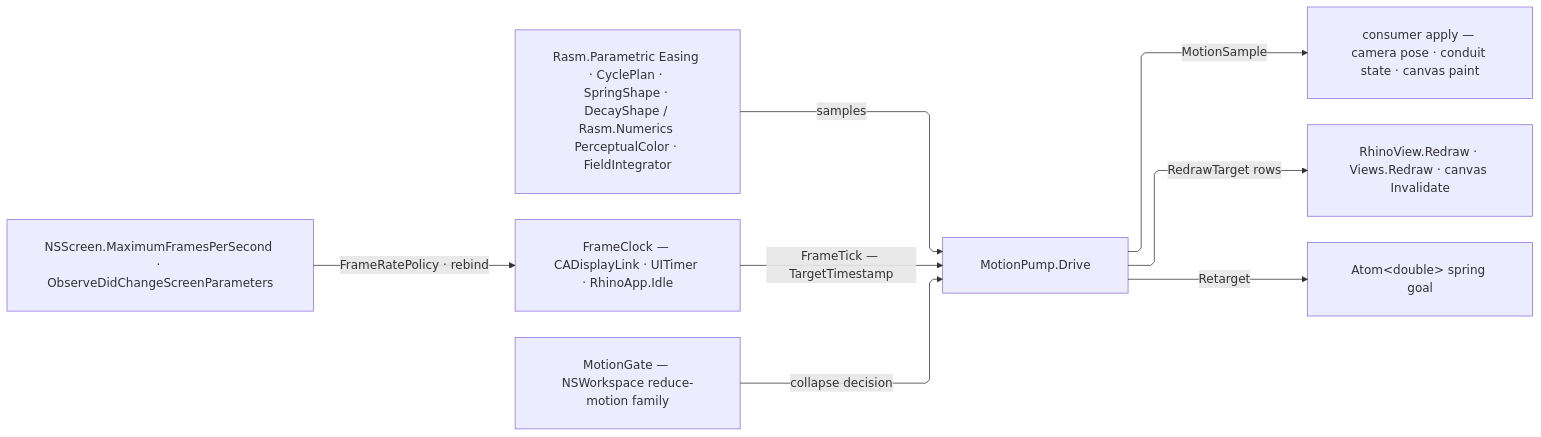
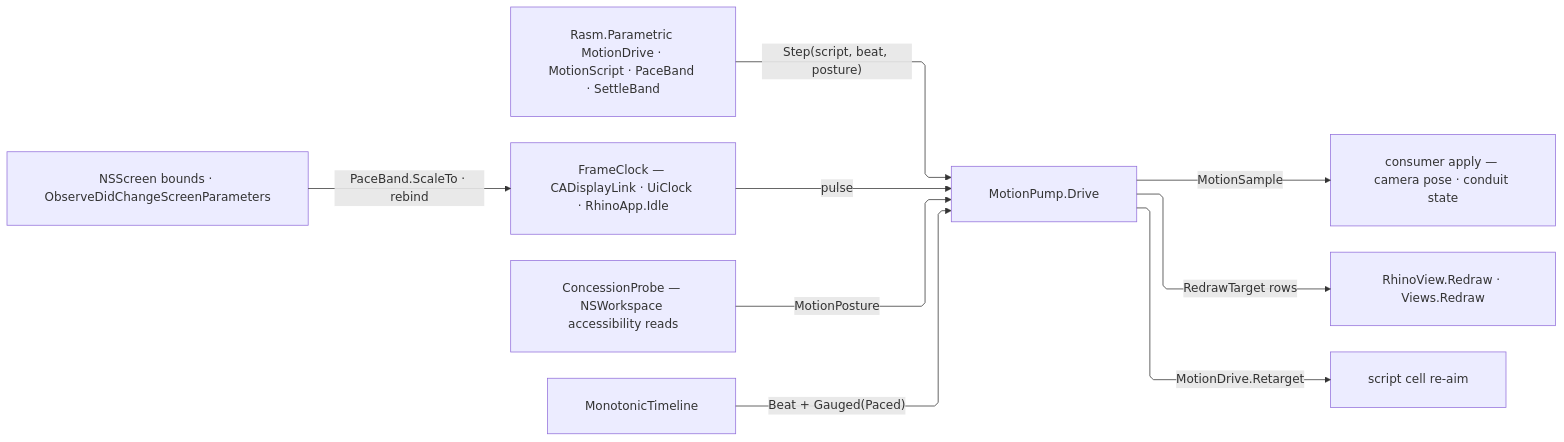
The diagram in libs/csharp/Rasm.Rhino/.planning/Viewport/motion.md (bsamiee/Rasm), drawn with Mermaid before and after one commit. The commit also changed other lines of this file and 818 other files, not shown here.

````diff
--- a/libs/csharp/Rasm.Rhino/.planning/Viewport/motion.md
+++ b/libs/csharp/Rasm.Rhino/.planning/Viewport/motion.md
@@ -722,19 +494,20 @@
 ```mermaid
 ---
 config:
   layout: elk
   flowchart:
     curve: linear
     padding: 25
 ---
 flowchart LR
     accTitle: Rhino viewport motion pump
-    accDescr: Kernel easing, cycle, spring, decay, and field samplers feeding the motion pump beside the frame-clock tick and the reduce-motion gate, screen refresh policy rebinding the clock, and the pump landing samples on consumer apply, redraw targets, and the spring retarget.
-    Kernel["Rasm.Parametric Easing · CyclePlan · SpringShape · DecayShape / Rasm.Numerics PerceptualColor · FieldIntegrator"] -->|samples| Pump["MotionPump.Drive"]
-    Clock["FrameClock — CADisplayLink · UITimer · RhinoApp.Idle"] -->|FrameTick — TargetTimestamp| Pump
-    Gate["MotionGate — NSWorkspace reduce-motion family"] -->|collapse decision| Pump
-    Screen["NSScreen.MaximumFramesPerSecond · ObserveDidChangeScreenParameters"] -->|FrameRatePolicy · rebind| Clock
-    Pump -->|MotionSample| Apply["consumer apply — camera pose · conduit state · canvas paint"]
-    Pump -->|RedrawTarget rows| Land["RhinoView.Redraw · Views.Redraw · canvas Invalidate"]
-    Pump -->|Retarget| Spring["Atom&lt;double&gt; spring goal"]
+    accDescr: The kernel motion sampler and pace band feeding the host drive, the three host clock rows pulsing it, the accessibility probe filling the kernel posture, the timeline minting beats and gauging each tick, and the drive landing samples on the consumer apply and the redraw targets.
+    Kernel["Rasm.Parametric MotionDrive · MotionScript · PaceBand · SettleBand"] -->|"Step(script, beat, posture)"| Pump["MotionPump.Drive"]
+    Clock["FrameClock — CADisplayLink · UiClock · RhinoApp.Idle"] -->|pulse| Pump
+    Probe["ConcessionProbe — NSWorkspace accessibility reads"] -->|"MotionPosture"| Pump
+    Timeline["MonotonicTimeline"] -->|"Beat + Gauged(Paced)"| Pump
+    Screen["NSScreen bounds · ObserveDidChangeScreenParameters"] -->|"PaceBand.ScaleTo · rebind"| Clock
+    Pump -->|"MotionSample"| Apply["consumer apply — camera pose · conduit state"]
+    Pump -->|"RedrawTarget rows"| Land["RhinoView.Redraw · Views.Redraw"]
+    Pump -->|"MotionDrive.Retarget"| Spring["script cell re-aim"]
 ```
````
